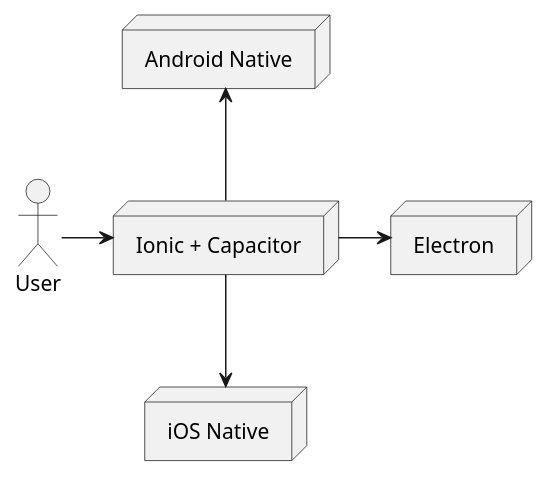
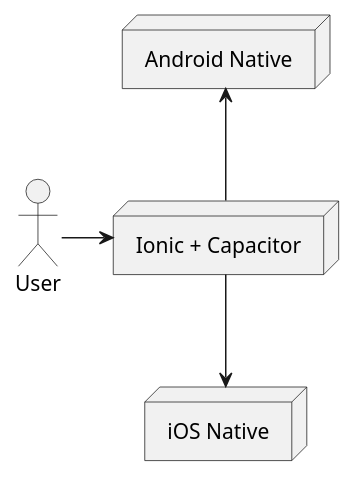
The diagram in docs/architecture.plantuml (tshion/XAppRecipe), drawn with PlantUML before and after one commit. The commit also changed 9 other files, not shown here.

```diff
--- a/docs/architecture.plantuml
+++ b/docs/architecture.plantuml
@@ -1,16 +1,14 @@
 @startuml architecture
 
 actor User as user
 node "Android Native" as android
-node "Electron"
 node "Ionic + Capacitor" as base
 node "iOS Native" as ios
 
 
 
 user -> base
 base -up-> android
-base -> Electron
 base -down-> ios
 
 @enduml
```
